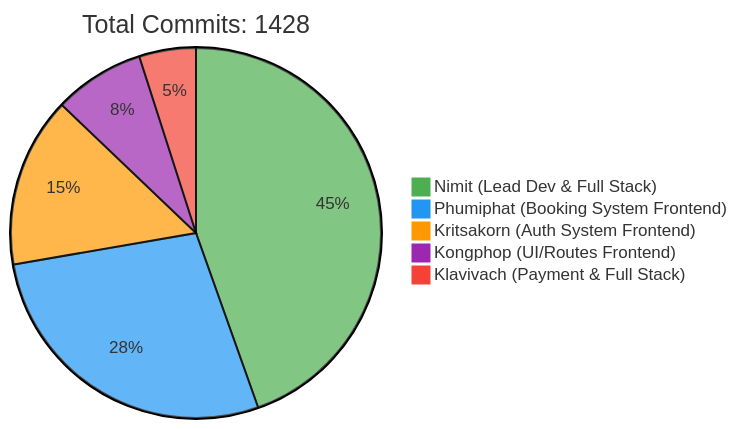
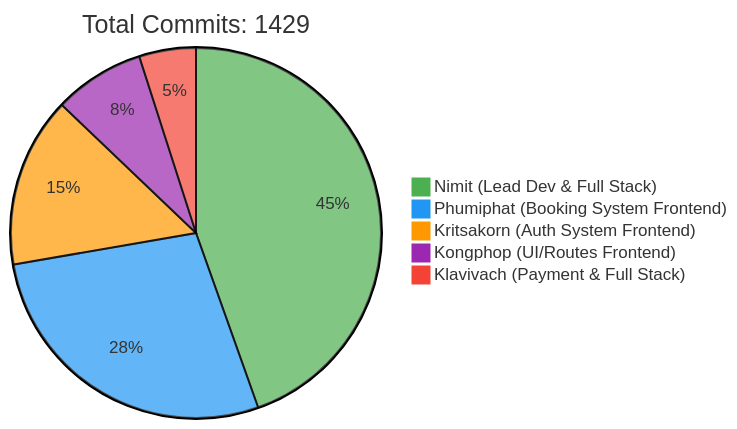
The first of 2 diagrams in README.md (6531503042/Sport-Complex), drawn with Mermaid before and after one commit. The commit also changed other lines of this file, not shown here.

Commit message:
docs: Update contributor statistics [skip ci]

````diff
--- a/README.md
+++ b/README.md
@@ -257,10 +257,10 @@
 ```mermaid
 %%{init: {'theme': 'base', 'themeVariables': { 'pie1': '#4CAF50', 'pie2': '#2196F3', 'pie3': '#FF9800', 'pie4': '#9C27B0', 'pie5': '#F44336'}}}%%
 pie
-    title Total Commits: 1428
+    title Total Commits: 1429
     "Nimit (Lead Dev & Full Stack)" : 450
     "Phumiphat (Booking System Frontend)" : 280
     "Kritsakorn (Auth System Frontend)" : 150
     "Kongphop (UI/Routes Frontend)" : 80
     "Klavivach (Payment & Full Stack)" : 50
 ```
````
